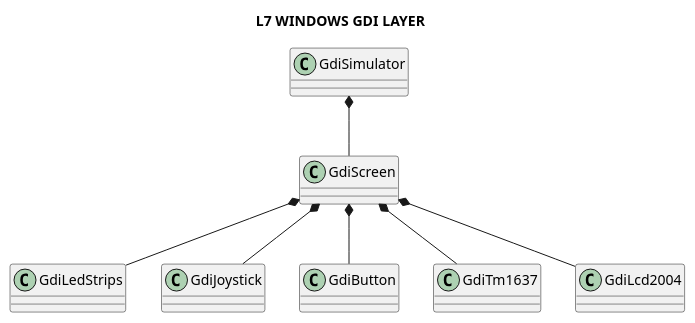
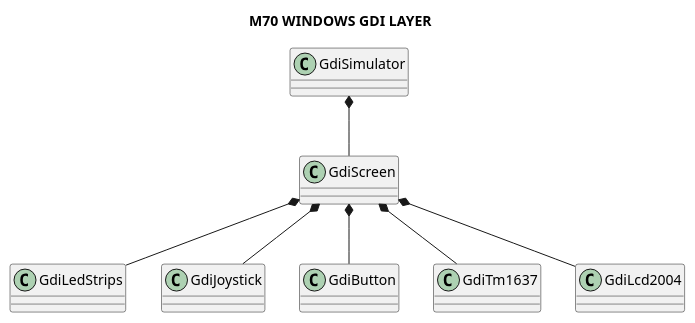
The diagram in Docs/Software Design/Layers/L7_windows_gdi_layer.puml (michelkeijzers/fraxis), drawn with PlantUML before and after one commit. The commit also changed 398 other files, not shown here.

```diff
--- a/Docs/Software Design/Layers/L7_windows_gdi_layer.puml
+++ b/Docs/Software Design/Layers/L7_windows_gdi_layer.puml
@@ -1,53 +1,53 @@
 @startuml
 
-title L7 WINDOWS GDI LAYER
+title M70 WINDOWS GDI LAYER
 
 skinparam packageStyle rectangle
 skinparam lineThickness 2
 
 class GdiSimulator
 {
 
 }
 
 class GdiScreen 
 {
 
 }
 
 GdiSimulator *-- GdiScreen
 
 class GdiLedStrips 
 {
 
 }
 
 class GdiJoystick 
 {
 
 }
 
 class GdiButton 
 {
 
 }
 
 class GdiTm1637 
 {
 
 }    
 
 class GdiLcd2004 
 {
 
 }
 
 
 GdiScreen *-- GdiLedStrips
 GdiScreen *-- GdiJoystick
 GdiScreen *-- GdiButton 
 GdiScreen *-- GdiTm1637
 GdiScreen *-- GdiLcd2004 
 
 
 @enduml
```
